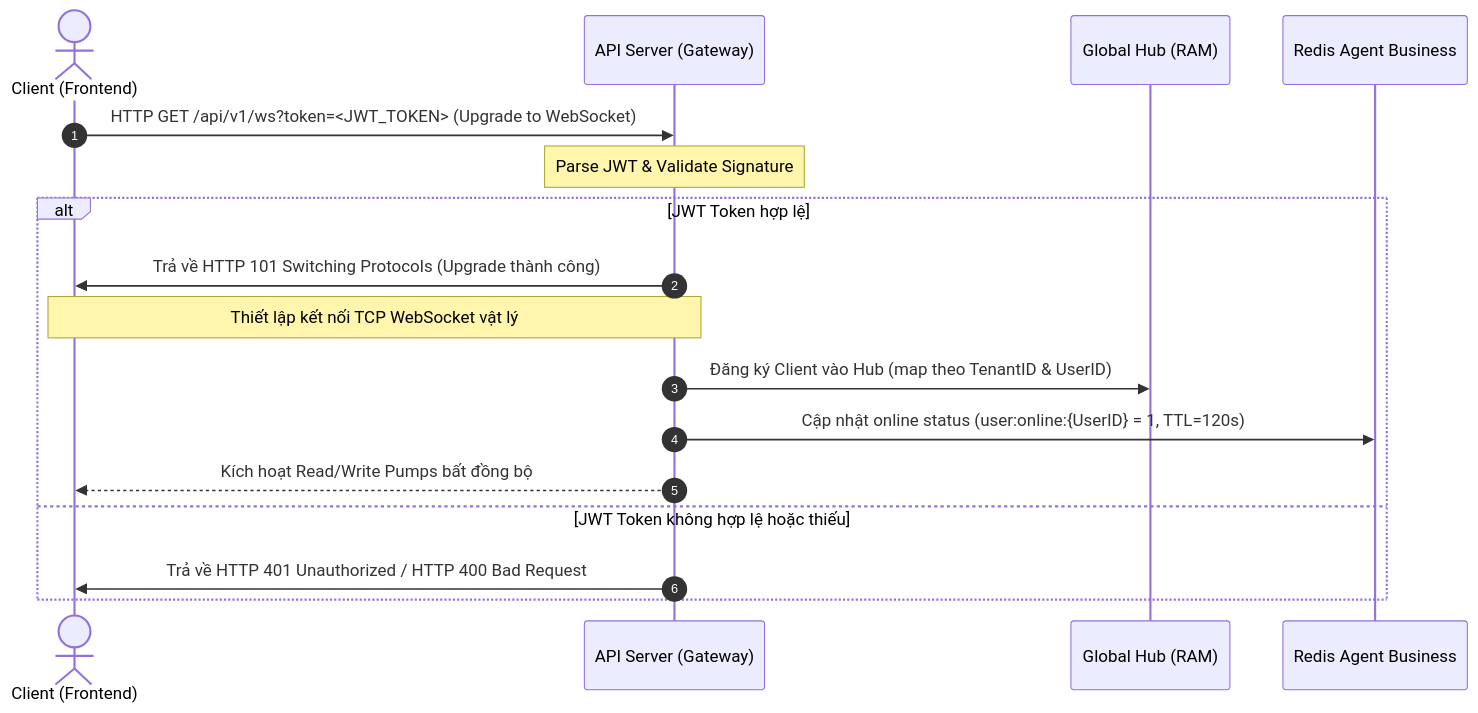
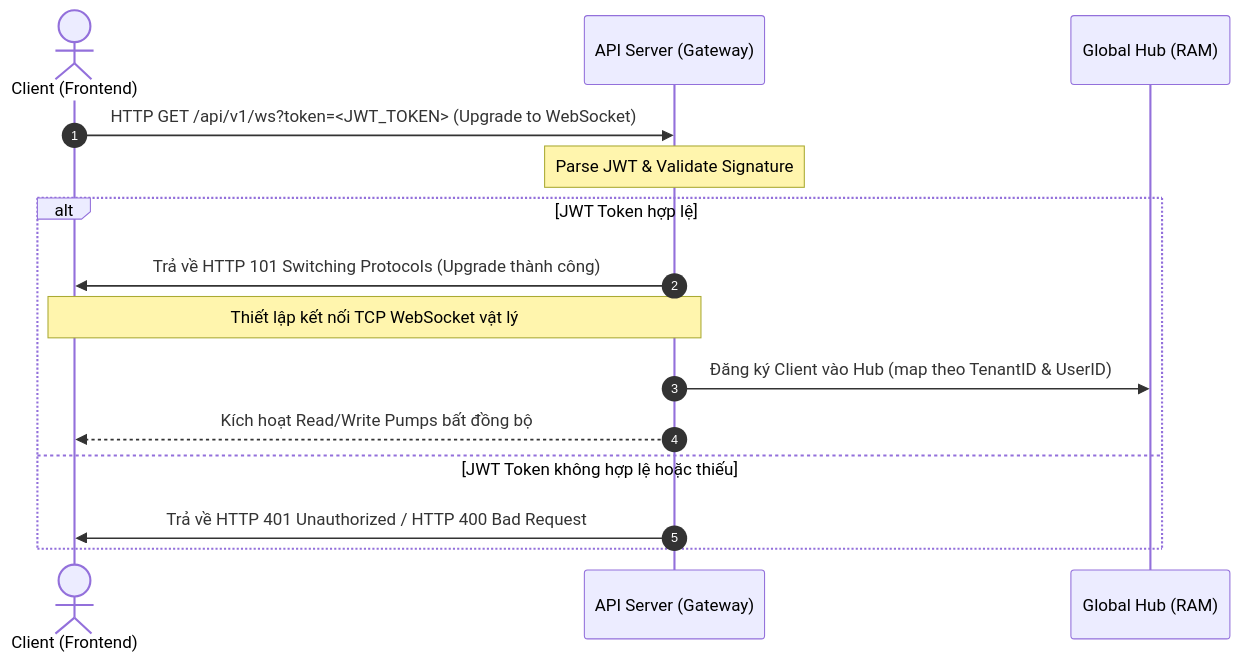
The first of 4 diagrams in .agents/docs/SOCKET_FLOW.md (sowfkun/sowfkun-verse), drawn with Mermaid before and after one commit. The commit also changed other lines of this file, not shown here.

Commit message:
docs(socket): correct sequence diagrams in socket flow spec

````diff
--- a/.agents/docs/SOCKET_FLOW.md
+++ b/.agents/docs/SOCKET_FLOW.md
@@ -11,20 +11,18 @@
 ```mermaid
 sequenceDiagram
     autonumber
     actor Client as Client (Frontend)
     participant API as API Server (Gateway)
     participant Hub as Global Hub (RAM)
-    participant Redis as Redis Agent Business
 
     Client->>API: HTTP GET /api/v1/ws?token=<JWT_TOKEN> (Upgrade to WebSocket)
     Note over API: Parse JWT & Validate Signature
     alt JWT Token hợp lệ
         API->>Client: Trả về HTTP 101 Switching Protocols (Upgrade thành công)
         Note over API, Client: Thiết lập kết nối TCP WebSocket vật lý
         API->>Hub: Đăng ký Client vào Hub (map theo TenantID & UserID)
-        API->>Redis: Cập nhật online status (user:online:{UserID} = 1, TTL=120s)
         API-->>Client: Kích hoạt Read/Write Pumps bất đồng bộ
     else JWT Token không hợp lệ hoặc thiếu
         API->>Client: Trả về HTTP 401 Unauthorized / HTTP 400 Bad Request
     end
 ```
````
